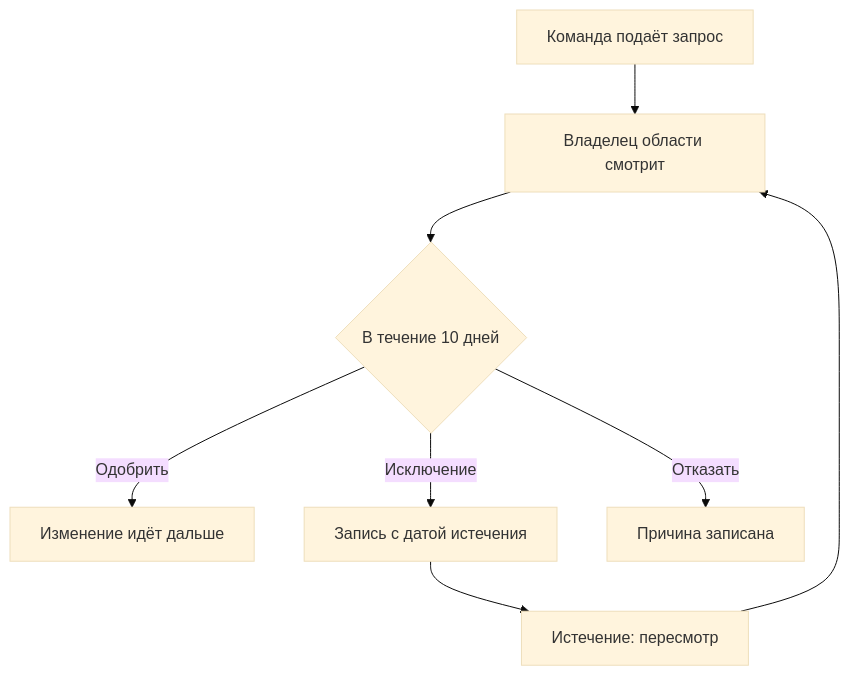
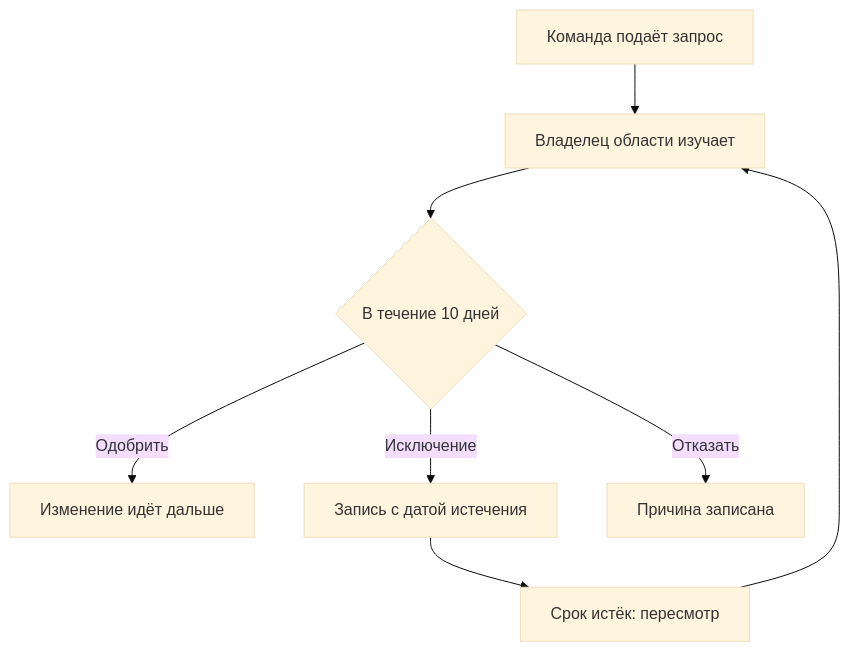
The second of 3 diagrams in docs/parts/03-high-performing-teams/13-decision-making-in-teams.ru.md (XayyamSadigov/engineering-leadership-book), drawn with Mermaid (base theme) before and after one commit. The commit also changed other lines of this file and 5 other files, not shown here.

````diff
--- a/docs/parts/03-high-performing-teams/13-decision-making-in-teams.ru.md
+++ b/docs/parts/03-high-performing-teams/13-decision-making-in-teams.ru.md
@@ -153,10 +152,10 @@
 ```mermaid
 flowchart TD
-    R["Команда подаёт запрос"] --> O["Владелец области смотрит"]
+    R["Команда подаёт запрос"] --> O["Владелец области изучает"]
     O --> D{"В течение 10 дней"}
     D -->|Одобрить| A["Изменение идёт дальше"]
     D -->|Исключение| X["Запись с датой истечения"]
     D -->|Отказать| F["Причина записана"]
-    X --> E["Истечение: пересмотр"]
+    X --> E["Срок истёк: пересмотр"]
     E --> O
 ```
````
